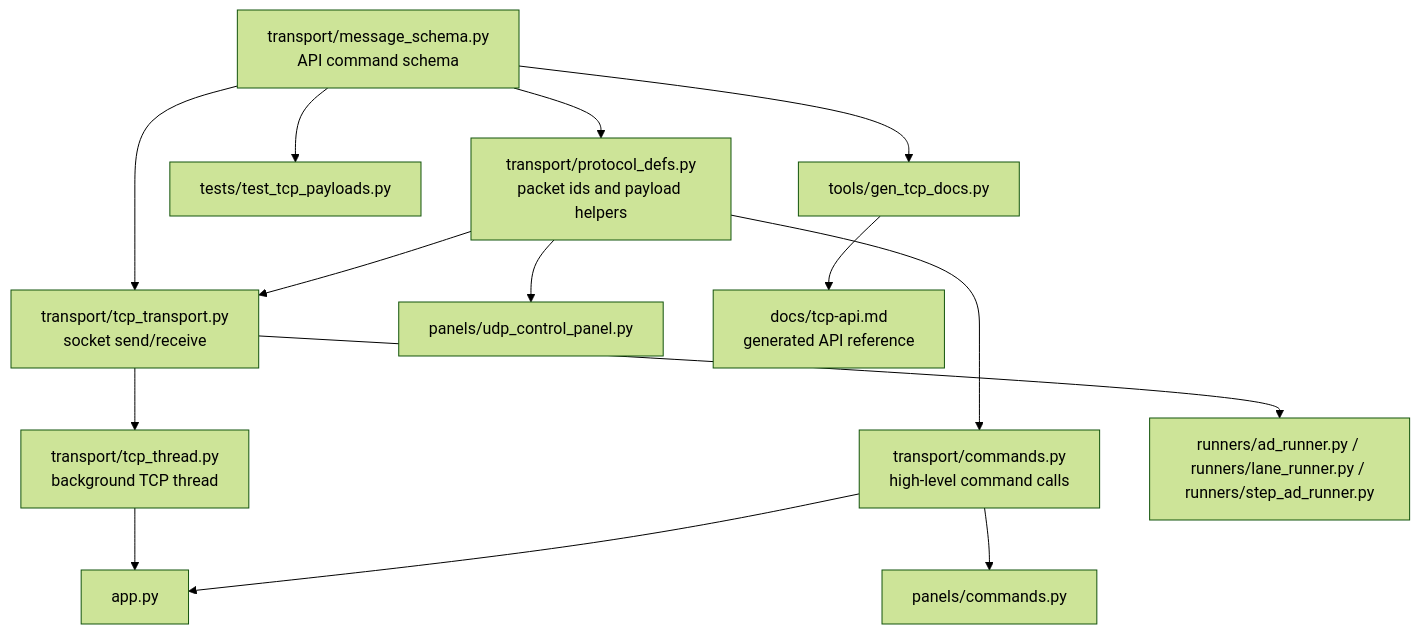
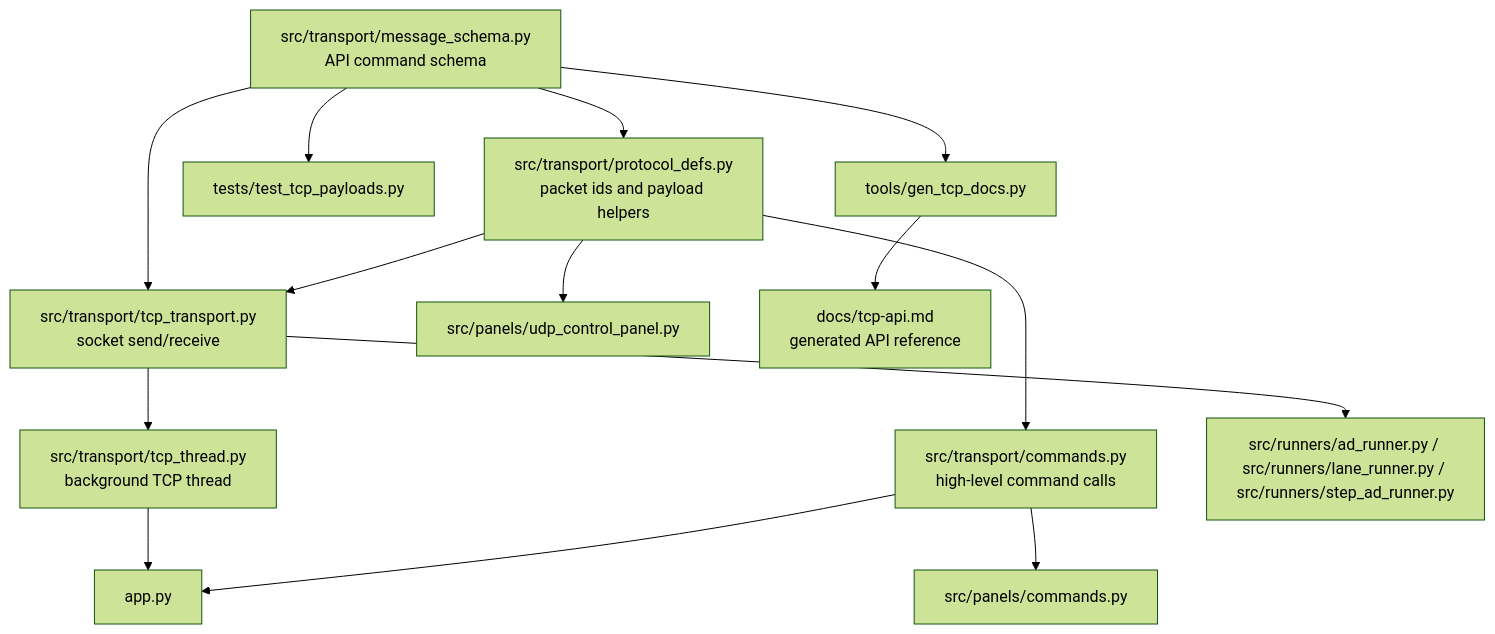
Before and after one commit to MORAI-Autonomous/MORAI-SimControl_v2.1: the third of 5 diagrams in docs/code-review-graph.md, drawn with Mermaid (forest theme). The commit also changed other lines of this file and 136 other files, not shown here.

````diff
--- a/docs/code-review-graph.md
+++ b/docs/code-review-graph.md
@@ -86,31 +86,31 @@
 ```mermaid
 flowchart TD
-    schema["transport/message_schema.py<br/>API command schema"]
-    defs["transport/protocol_defs.py<br/>packet ids and payload helpers"]
-    tcp["transport/tcp_transport.py<br/>socket send/receive"]
-    thread["transport/tcp_thread.py<br/>background TCP thread"]
-    commands["transport/commands.py<br/>high-level command calls"]
+    schema["src/transport/message_schema.py<br/>API command schema"]
+    defs["src/transport/protocol_defs.py<br/>packet ids and payload helpers"]
+    tcp["src/transport/tcp_transport.py<br/>socket send/receive"]
+    thread["src/transport/tcp_thread.py<br/>background TCP thread"]
+    commands["src/transport/commands.py<br/>high-level command calls"]
 
     app["app.py"]
-    command_panel["panels/commands.py"]
-    udp_control["panels/udp_control_panel.py"]
-    runners["runners/ad_runner.py / runners/lane_runner.py / runners/step_ad_runner.py"]
+    command_panel["src/panels/commands.py"]
+    udp_control["src/panels/udp_control_panel.py"]
+    runners["src/runners/ad_runner.py / src/runners/lane_runner.py / src/runners/step_ad_runner.py"]
     docs["docs/tcp-api.md<br/>generated API reference"]
     tests["tests/test_tcp_payloads.py"]
     generator["tools/gen_tcp_docs.py"]
 
     schema --> defs
     schema --> tcp
     defs --> tcp
     defs --> commands
     tcp --> thread
     thread --> app
     commands --> app
     commands --> command_panel
     defs --> udp_control
     tcp --> runners
 
     schema --> generator
     generator --> docs
     schema --> tests
 ```
````
